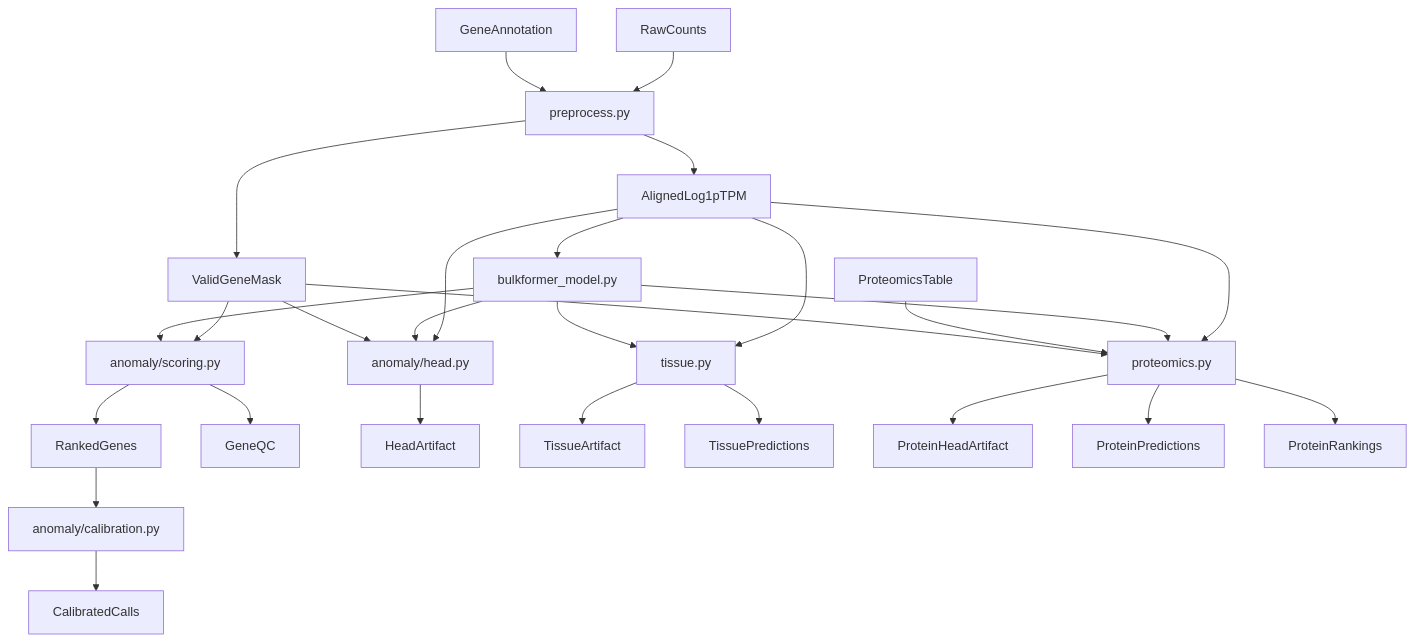
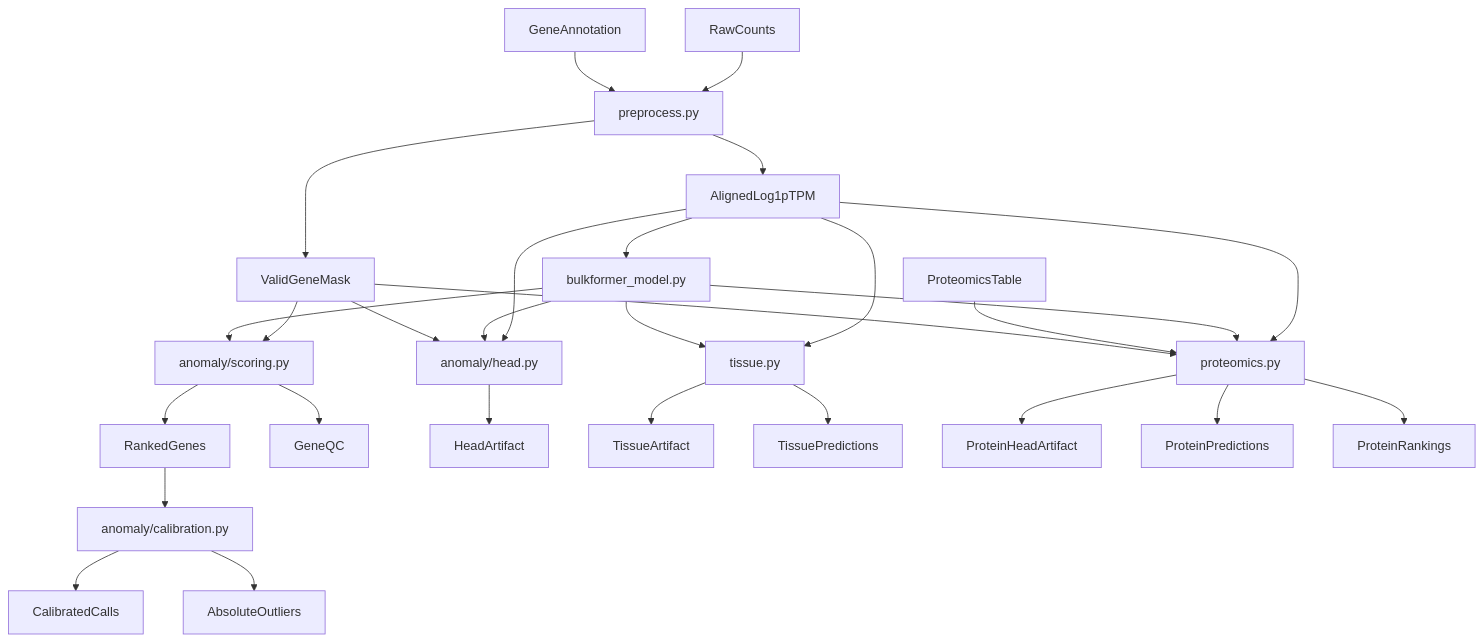
The diagram in docs/bulkformer-dx/architecture.md (mityasmirnov/BulkFormer), drawn with Mermaid before and after one commit. The commit also changed other lines of this file and 10 other files, not shown here.

First line of the commit message:
feat: add normalized absolute outlier calibration

````diff
--- a/docs/bulkformer-dx/architecture.md
+++ b/docs/bulkformer-dx/architecture.md
@@ -79,35 +81,36 @@
 ```mermaid
 flowchart TD
     RawCounts[RawCounts] --> Preprocess
     Annotation[GeneAnnotation] --> Preprocess
     Preprocess[preprocess.py]
     Preprocess --> AlignedRNA[AlignedLog1pTPM]
     Preprocess --> ValidMask[ValidGeneMask]
 
     AlignedRNA --> BulkFormerModel[bulkformer_model.py]
     ValidMask --> Score
     BulkFormerModel --> Score[anomaly/scoring.py]
     Score --> RankedGenes[RankedGenes]
     Score --> GeneQC[GeneQC]
 
     AlignedRNA --> HeadTrain[anomaly/head.py]
     BulkFormerModel --> HeadTrain
     ValidMask --> HeadTrain
     HeadTrain --> HeadArtifact[HeadArtifact]
 
     RankedGenes --> Calibration[anomaly/calibration.py]
     Calibration --> CalibratedCalls[CalibratedCalls]
+    Calibration --> AbsoluteOutliers[AbsoluteOutliers]
 
     AlignedRNA --> Tissue[tissue.py]
     BulkFormerModel --> Tissue
     Tissue --> TissueArtifact[TissueArtifact]
     Tissue --> TissuePreds[TissuePredictions]
 
     AlignedRNA --> Proteomics[proteomics.py]
     BulkFormerModel --> Proteomics
     ProteinTable[ProteomicsTable] --> Proteomics
     ValidMask --> Proteomics
     Proteomics --> ProteinArtifact[ProteinHeadArtifact]
     Proteomics --> ProteinPreds[ProteinPredictions]
     Proteomics --> ProteinRanks[ProteinRankings]
 ```
````
